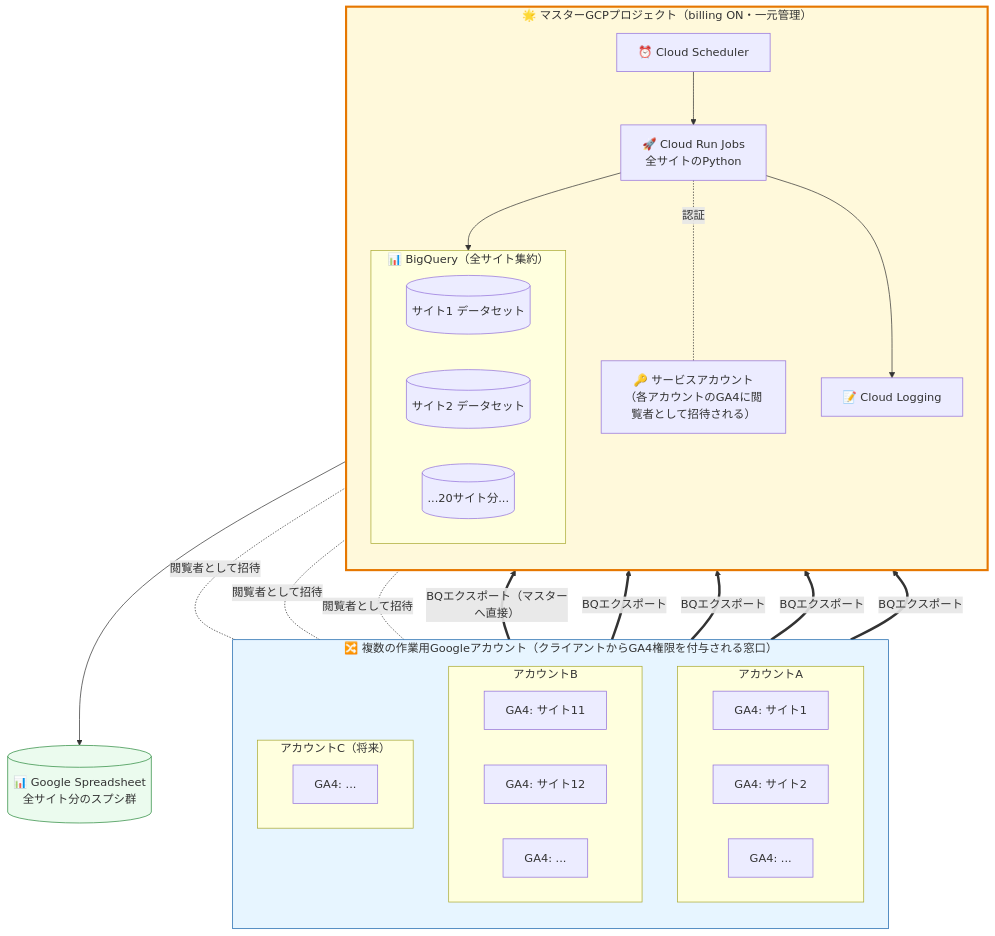
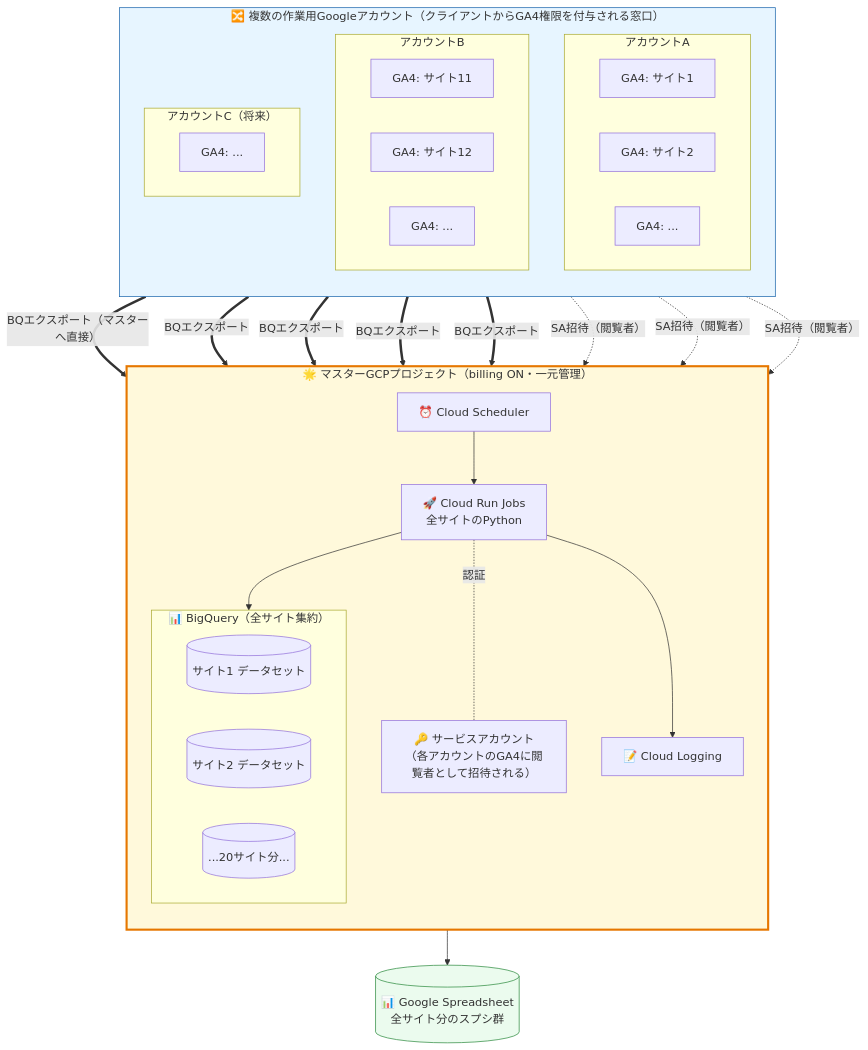
One commit to itakura-t-hue/claude changed the sixth of 8 diagrams in tools/seo-dashboard/setup_guide_generic.md. Above: the diagram before and after it, drawn with Mermaid.

Commit message:
setup_guide_generic: D-2構成図でAccountsとMasterを縦積みに
MSA→Accountsの逆向き矢印がMermaidのauto-layoutをside-by-sideに崩していたため、
矢印の向きをAccounts→MSAに統一（SA招待の意味合いも変えず「SA招待（閲覧者）」と表記）。
これでAccounts箱がMaster箱の上に縦積みで配置される。

````diff
--- a/tools/seo-dashboard/setup_guide_generic.md
+++ b/tools/seo-dashboard/setup_guide_generic.md
@@ -1024,58 +1024,58 @@
 ```mermaid
 flowchart TB
     subgraph Accounts["🔀 複数の作業用Googleアカウント（クライアントからGA4権限を付与される窓口）"]
         direction TB
         subgraph AcctA["アカウントA"]
             direction LR
             GA4_A1[GA4: サイト1]
             GA4_A2[GA4: サイト2]
             GA4_A3[GA4: ...]
         end
         subgraph AcctB["アカウントB"]
             direction LR
             GA4_B1[GA4: サイト11]
             GA4_B2[GA4: サイト12]
             GA4_B3[GA4: ...]
         end
         subgraph AcctC["アカウントC（将来）"]
             direction LR
             GA4_C1[GA4: ...]
         end
     end
 
     subgraph Master["🌟 マスターGCPプロジェクト（billing ON・一元管理）"]
         direction TB
         MSCHED["⏰ Cloud Scheduler"]
         MCR["🚀 Cloud Run Jobs<br/>全サイトのPython"]
         MSA["🔑 サービスアカウント<br/>（各アカウントのGA4に閲覧者として招待される）"]
         subgraph MBQ["📊 BigQuery（全サイト集約）"]
             direction LR
             DS1[(サイト1 データセット)]
             DS2[(サイト2 データセット)]
             DSN[(...20サイト分...)]
         end
         MLOG["📝 Cloud Logging"]
     end
 
     SHEET[("📊 Google Spreadsheet<br/>全サイト分のスプシ群")]
 
     GA4_A1 == "BQエクスポート（マスターへ直接）" ==> DS1
     GA4_A2 == "BQエクスポート" ==> DS2
     GA4_B1 == "BQエクスポート" ==> DSN
     GA4_B2 == "BQエクスポート" ==> DSN
     GA4_C1 == "BQエクスポート" ==> DSN
 
-    MSA -. "閲覧者として招待" .- AcctA
-    MSA -. "閲覧者として招待" .- AcctB
-    MSA -. "閲覧者として招待" .- AcctC
+    AcctA -. "SA招待（閲覧者）" .-> MSA
+    AcctB -. "SA招待（閲覧者）" .-> MSA
+    AcctC -. "SA招待（閲覧者）" .-> MSA
 
     MSCHED --> MCR
     MCR -. "認証" .- MSA
     MCR --> MBQ
     MCR --> SHEET
     MCR --> MLOG
 
     style Master fill:#fff9db,stroke:#e67700,stroke-width:3px
     style Accounts fill:#e7f5ff,stroke:#1864ab
     style SHEET fill:#ebfbee,stroke:#2b8a3e
 ```
````
